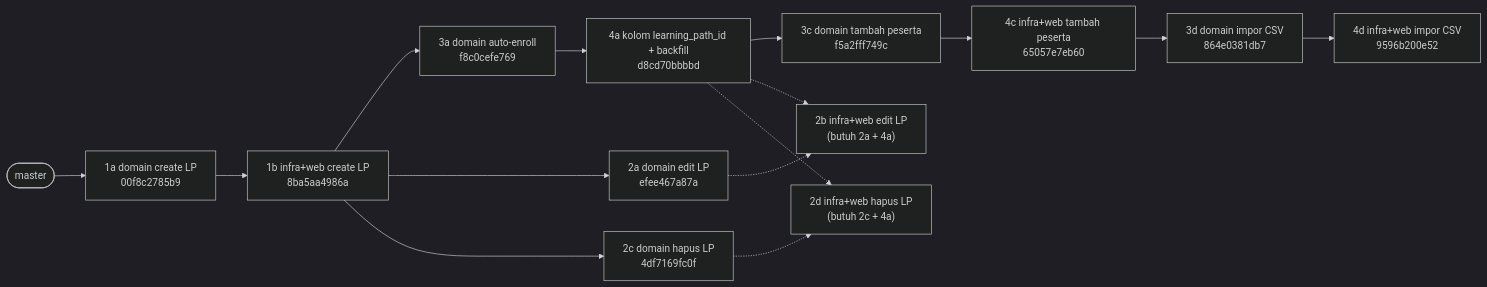
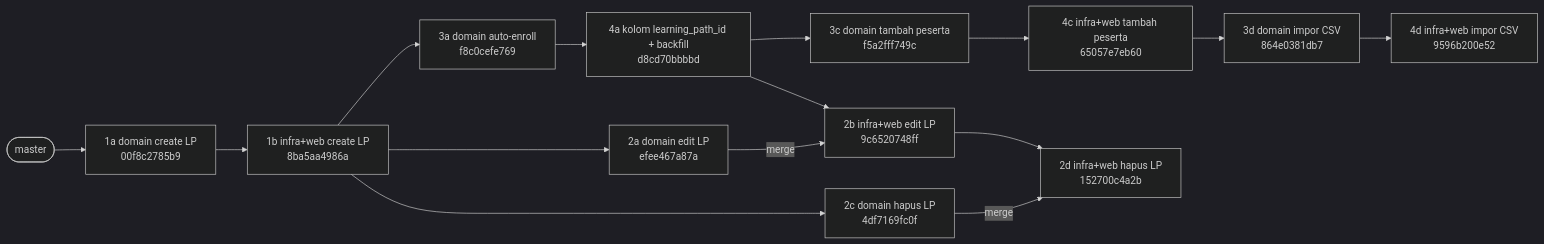
Before and after one commit to KrisnaSantosa15/big-notes-obsidian: the diagram in Projects/APD Revamp/Cycle 2/05-course-progress.md, drawn with Mermaid (dark theme). The commit also changed other lines of this file and 5 other files, not shown here.

````diff
--- a/Projects/APD Revamp/Cycle 2/05-course-progress.md
+++ b/Projects/APD Revamp/Cycle 2/05-course-progress.md
@@ -342,25 +348,25 @@
 ```mermaid
 flowchart LR
     master([master])
     1a["1a domain create LP<br/>00f8c2785b9"]
     1b["1b infra+web create LP<br/>8ba5aa4986a"]
     3a["3a domain auto-enroll<br/>f8c0cefe769"]
     4a["4a kolom learning_path_id + backfill<br/>d8cd70bbbbd"]
     3c["3c domain tambah peserta<br/>f5a2fff749c"]
     4c["4c infra+web tambah peserta<br/>65057e7eb60"]
     3d["3d domain impor CSV<br/>864e0381db7"]
     4d["4d infra+web impor CSV<br/>9596b200e52"]
     2a["2a domain edit LP<br/>efee467a87a"]
     2c["2c domain hapus LP<br/>4df7169fc0f"]
-    2b["2b infra+web edit LP<br/>(butuh 2a + 4a)"]
-    2d["2d infra+web hapus LP<br/>(butuh 2c + 4a)"]
+    2b["2b infra+web edit LP<br/>9c6520748ff"]
+    2d["2d infra+web hapus LP<br/>152700c4a2b"]
 
     master --> 1a --> 1b
     1b --> 3a --> 4a --> 3c --> 4c --> 3d --> 4d
     1b --> 2a
     1b --> 2c
-    2a -.-> 2b
-    4a -.-> 2b
-    2c -.-> 2d
-    4a -.-> 2d
+    4a --> 2b
+    2a -- merge --> 2b
+    2b --> 2d
+    2c -- merge --> 2d
 ```
````
